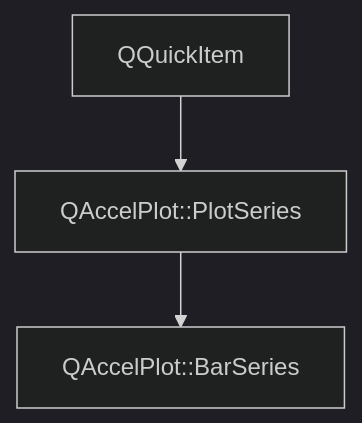
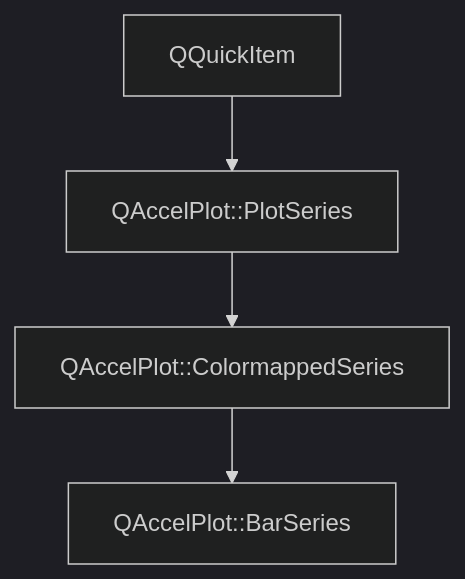
The diagram in main/assets/.doxy/QAccelPlot/api/classQAccelPlot_1_1BarSeries.md (michalgrabarczyk/QAccelPlot), drawn with Mermaid (dark theme) before and after one commit. The commit also changed other lines of this file and 60 other files, not shown here.

````diff
--- a/main/assets/.doxy/QAccelPlot/api/classQAccelPlot_1_1BarSeries.md
+++ b/main/assets/.doxy/QAccelPlot/api/classQAccelPlot_1_1BarSeries.md
@@ -31,12 +31,16 @@
 ```mermaid
 flowchart TB
   classQAccelPlot_1_1BarSeries["QAccelPlot::BarSeries"]
 
+  classQAccelPlot_1_1ColormappedSeries["QAccelPlot::ColormappedSeries"]
+  classQAccelPlot_1_1ColormappedSeries --> classQAccelPlot_1_1BarSeries
+  click classQAccelPlot_1_1ColormappedSeries "../classQAccelPlot_1_1ColormappedSeries/" "Open QAccelPlot::ColormappedSeries"
+
   classQAccelPlot_1_1PlotSeries["QAccelPlot::PlotSeries"]
-  classQAccelPlot_1_1PlotSeries --> classQAccelPlot_1_1BarSeries
+  classQAccelPlot_1_1PlotSeries --> classQAccelPlot_1_1ColormappedSeries
   click classQAccelPlot_1_1PlotSeries "../classQAccelPlot_1_1PlotSeries/" "Open QAccelPlot::PlotSeries"
 
   external_base_classQAccelPlot_1_1PlotSeries_1["QQuickItem"]
   external_base_classQAccelPlot_1_1PlotSeries_1 --> classQAccelPlot_1_1PlotSeries
 
 ```
````
